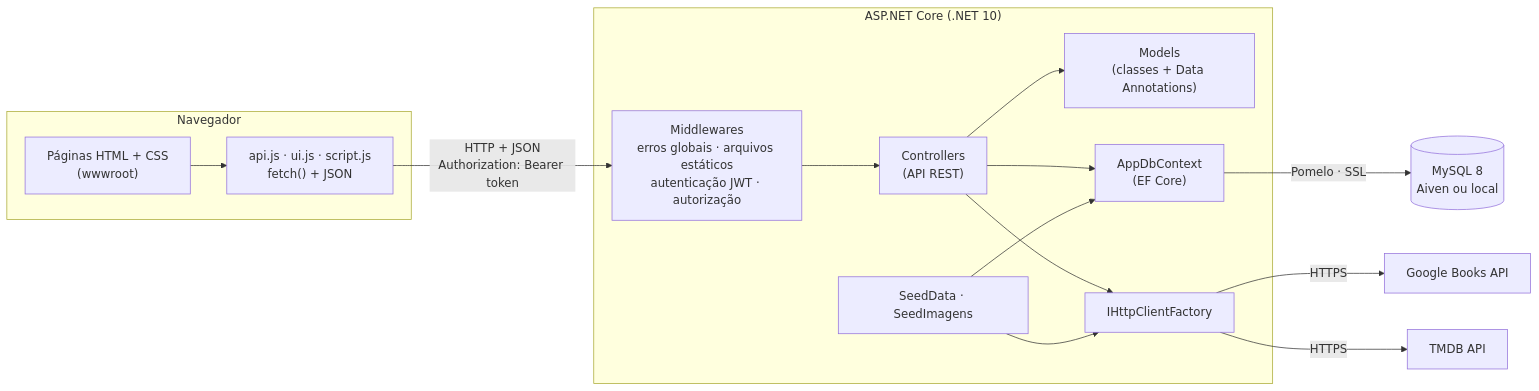
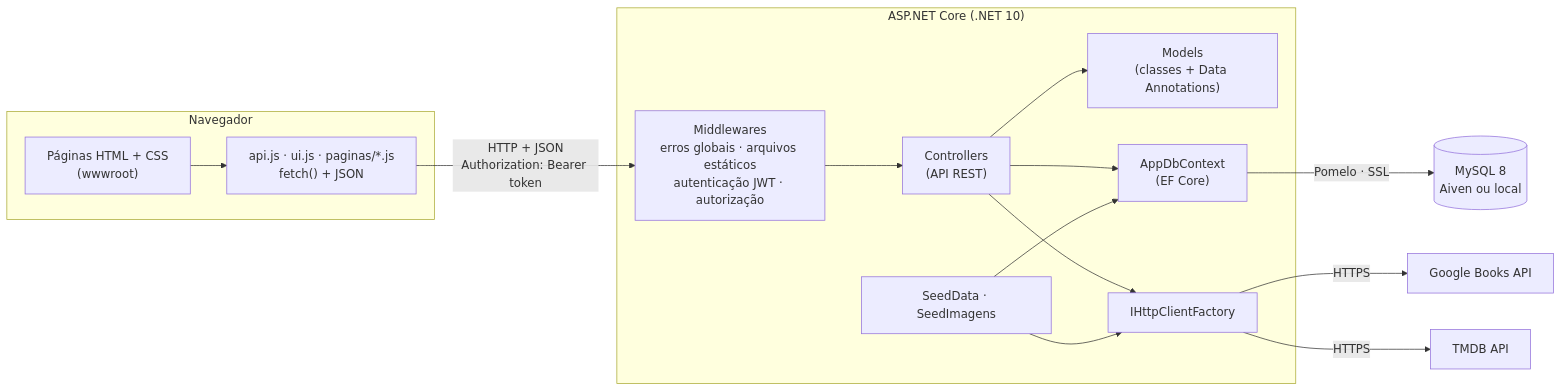
Before and after one commit to KetelynRamos/Resenhario: the first of 3 diagrams in docs/DOCUMENTACAO_TECNICA.md, drawn with Mermaid. The commit also changed other lines of this file and 3 other files, not shown here.

````diff
--- a/docs/DOCUMENTACAO_TECNICA.md
+++ b/docs/DOCUMENTACAO_TECNICA.md
@@ -45,28 +45,28 @@
 ```mermaid
 flowchart LR
     subgraph Navegador
         HTML["Páginas HTML + CSS<br/>(wwwroot)"]
-        JS["api.js · ui.js · script.js<br/>fetch() + JSON"]
+        JS["api.js · ui.js · paginas/*.js<br/>fetch() + JSON"]
         HTML --> JS
     end
 
     subgraph Servidor["ASP.NET Core (.NET 10)"]
         MW["Middlewares<br/>erros globais · arquivos estáticos<br/>autenticação JWT · autorização"]
         CT["Controllers<br/>(API REST)"]
         MD["Models<br/>(classes + Data Annotations)"]
         CTX["AppDbContext<br/>(EF Core)"]
         HCF["IHttpClientFactory"]
         SEED["SeedData · SeedImagens"]
         MW --> CT
         CT --> MD
         CT --> CTX
         CT --> HCF
         SEED --> CTX
         SEED --> HCF
     end
 
     JS -- "HTTP + JSON<br/>Authorization: Bearer token" --> MW
     CTX -- "Pomelo · SSL" --> DB[("MySQL 8<br/>Aiven ou local")]
     HCF -- HTTPS --> GB["Google Books API"]
     HCF -- HTTPS --> TMDB["TMDB API"]
 ```
````
